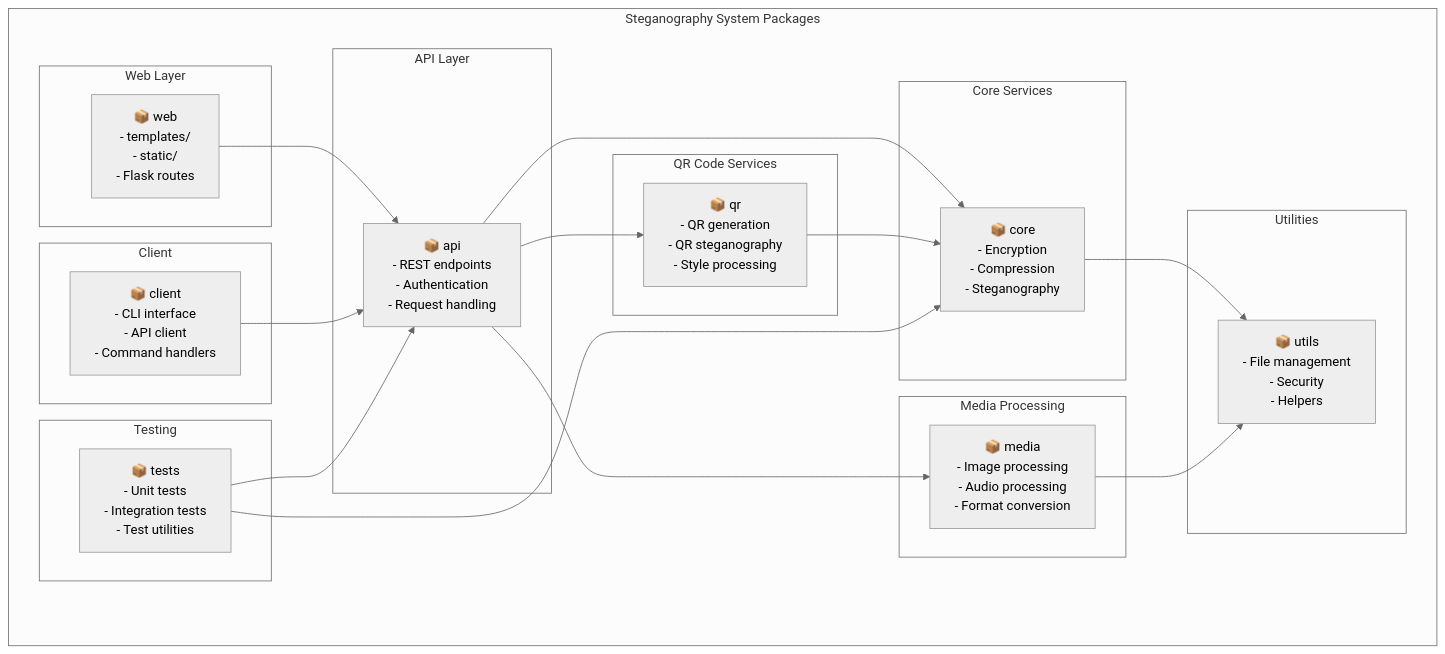
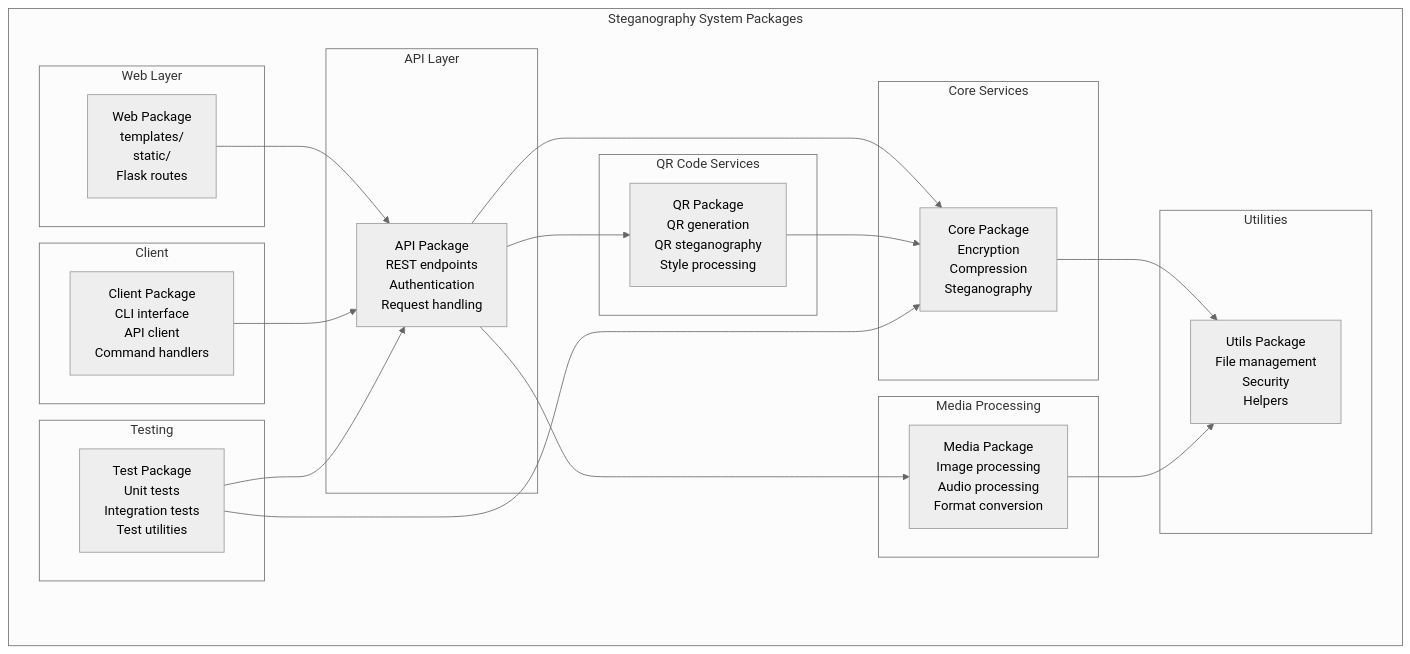
The fifth of 16 diagrams in docs/comprehensive_uml_diagrams.md (Aya2nusairat7/steganotool-enhanced), drawn with Mermaid (neutral theme) before and after one commit. The commit also changed other lines of this file, not shown here.

Commit message:
Add UML documentation with Mermaid diagrams

````diff
--- a/docs/comprehensive_uml_diagrams.md
+++ b/docs/comprehensive_uml_diagrams.md
@@ -160,47 +196,47 @@
 ```mermaid
 graph TB
     subgraph "Steganography System Packages"
         subgraph "Web Layer"
-            WebPkg[📦 web<br/>- templates/<br/>- static/<br/>- Flask routes]
+            WebPkg[Web Package<br/>templates/<br/>static/<br/>Flask routes]
         end
         
         subgraph "API Layer"
-            APIPkg[📦 api<br/>- REST endpoints<br/>- Authentication<br/>- Request handling]
+            APIPkg[API Package<br/>REST endpoints<br/>Authentication<br/>Request handling]
         end
         
         subgraph "Core Services"
-            CorePkg[📦 core<br/>- Encryption<br/>- Compression<br/>- Steganography]
+            CorePkg[Core Package<br/>Encryption<br/>Compression<br/>Steganography]
         end
         
         subgraph "Media Processing"
-            MediaPkg[📦 media<br/>- Image processing<br/>- Audio processing<br/>- Format conversion]
+            MediaPkg[Media Package<br/>Image processing<br/>Audio processing<br/>Format conversion]
         end
         
         subgraph "QR Code Services"
-            QRPkg[📦 qr<br/>- QR generation<br/>- QR steganography<br/>- Style processing]
+            QRPkg[QR Package<br/>QR generation<br/>QR steganography<br/>Style processing]
         end
         
         subgraph "Utilities"
-            UtilsPkg[📦 utils<br/>- File management<br/>- Security<br/>- Helpers]
+            UtilsPkg[Utils Package<br/>File management<br/>Security<br/>Helpers]
         end
         
         subgraph "Client"
-            ClientPkg[📦 client<br/>- CLI interface<br/>- API client<br/>- Command handlers]
+            ClientPkg[Client Package<br/>CLI interface<br/>API client<br/>Command handlers]
         end
         
         subgraph "Testing"
-            TestPkg[📦 tests<br/>- Unit tests<br/>- Integration tests<br/>- Test utilities]
+            TestPkg[Test Package<br/>Unit tests<br/>Integration tests<br/>Test utilities]
         end
     end
     
     WebPkg --> APIPkg
     APIPkg --> CorePkg
     APIPkg --> MediaPkg
     APIPkg --> QRPkg
     CorePkg --> UtilsPkg
     MediaPkg --> UtilsPkg
     QRPkg --> CorePkg
     ClientPkg --> APIPkg
     TestPkg --> CorePkg
     TestPkg --> APIPkg
 ```
````
